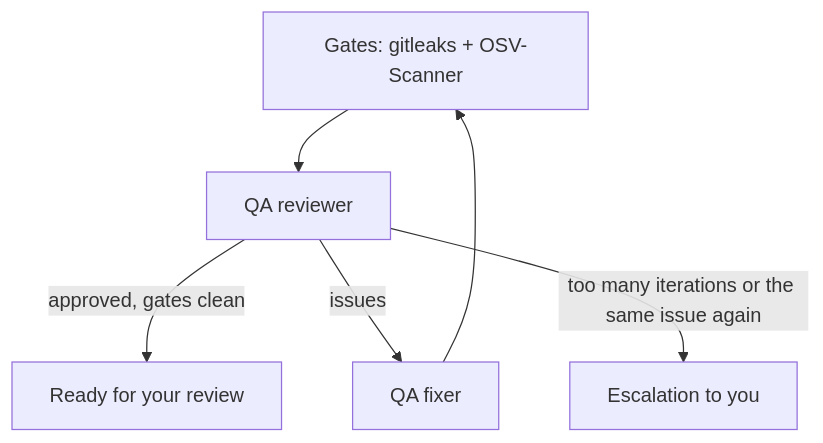
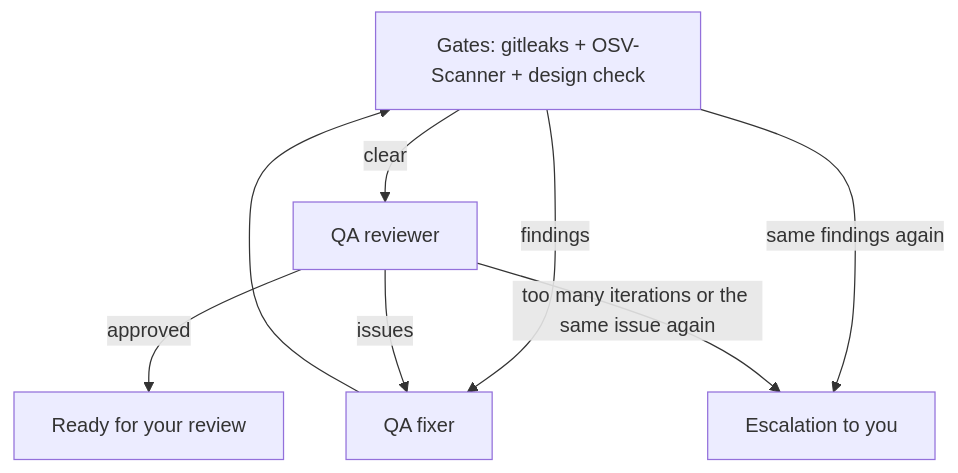
The diagram in apps/desktop/src/renderer/docs/en/03-pipeline.md (KolyaSotnichenko/vibe-teamlead), drawn with Mermaid before and after one commit. The commit also changed other lines of this file and 13 other files, not shown here.

First line of the commit message:
QA: checks first, no review while they have findings

````diff
--- a/apps/desktop/src/renderer/docs/en/03-pipeline.md
+++ b/apps/desktop/src/renderer/docs/en/03-pipeline.md
@@ -28,8 +28,10 @@
 ```mermaid
 flowchart TD
-  G["Gates: gitleaks + OSV-Scanner"] --> R["QA reviewer"]
-  R -->|"approved, gates clean"| OK["Ready for your review"]
+  G["Gates: gitleaks + OSV-Scanner + design check"] -->|"clear"| R["QA reviewer"]
+  G -->|"findings"| F
+  G -->|"same findings again"| ESC
+  R -->|"approved"| OK["Ready for your review"]
   R -->|"issues"| F["QA fixer"]
   F --> G
   R -->|"too many iterations or the same issue again"| ESC["Escalation to you"]
 ```
````
